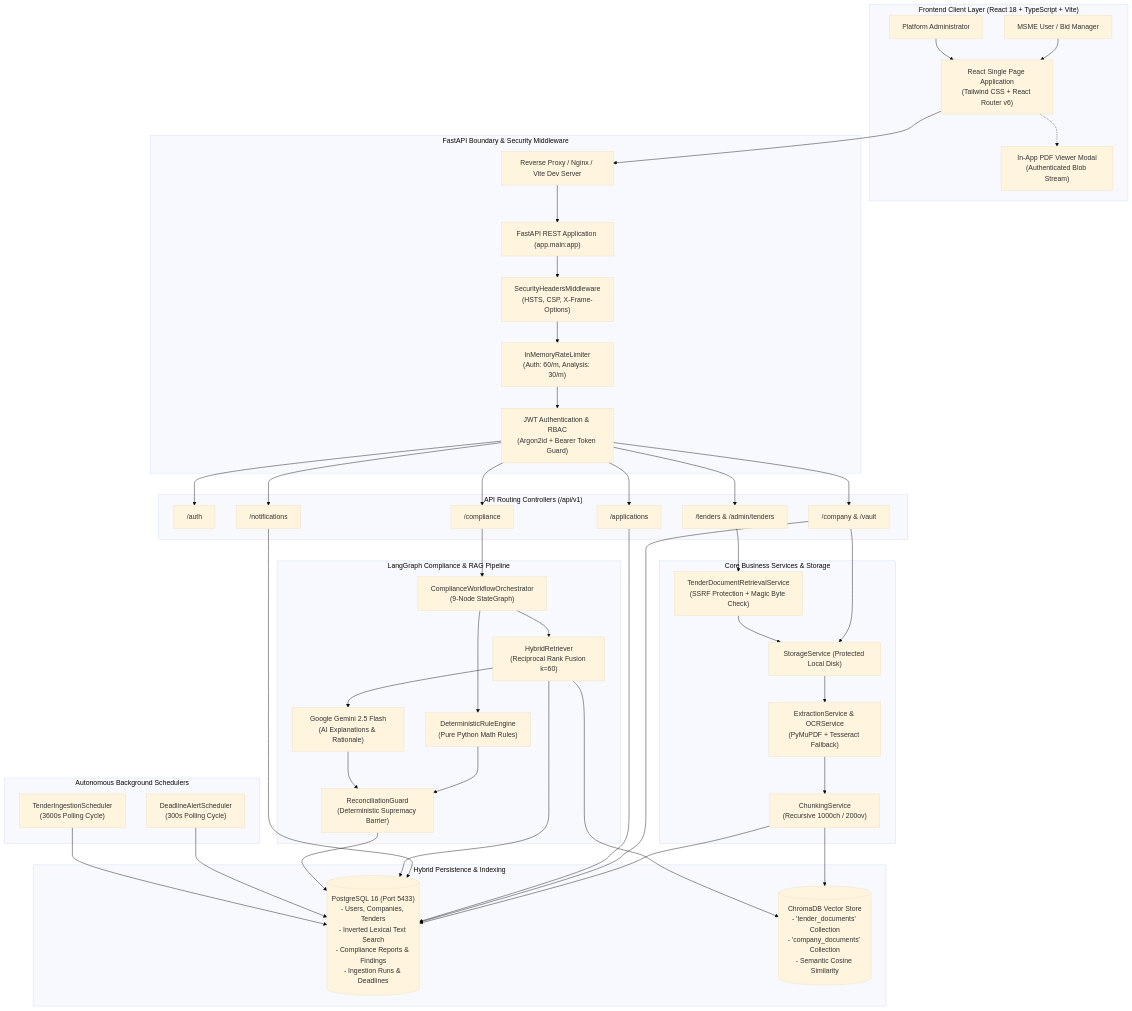
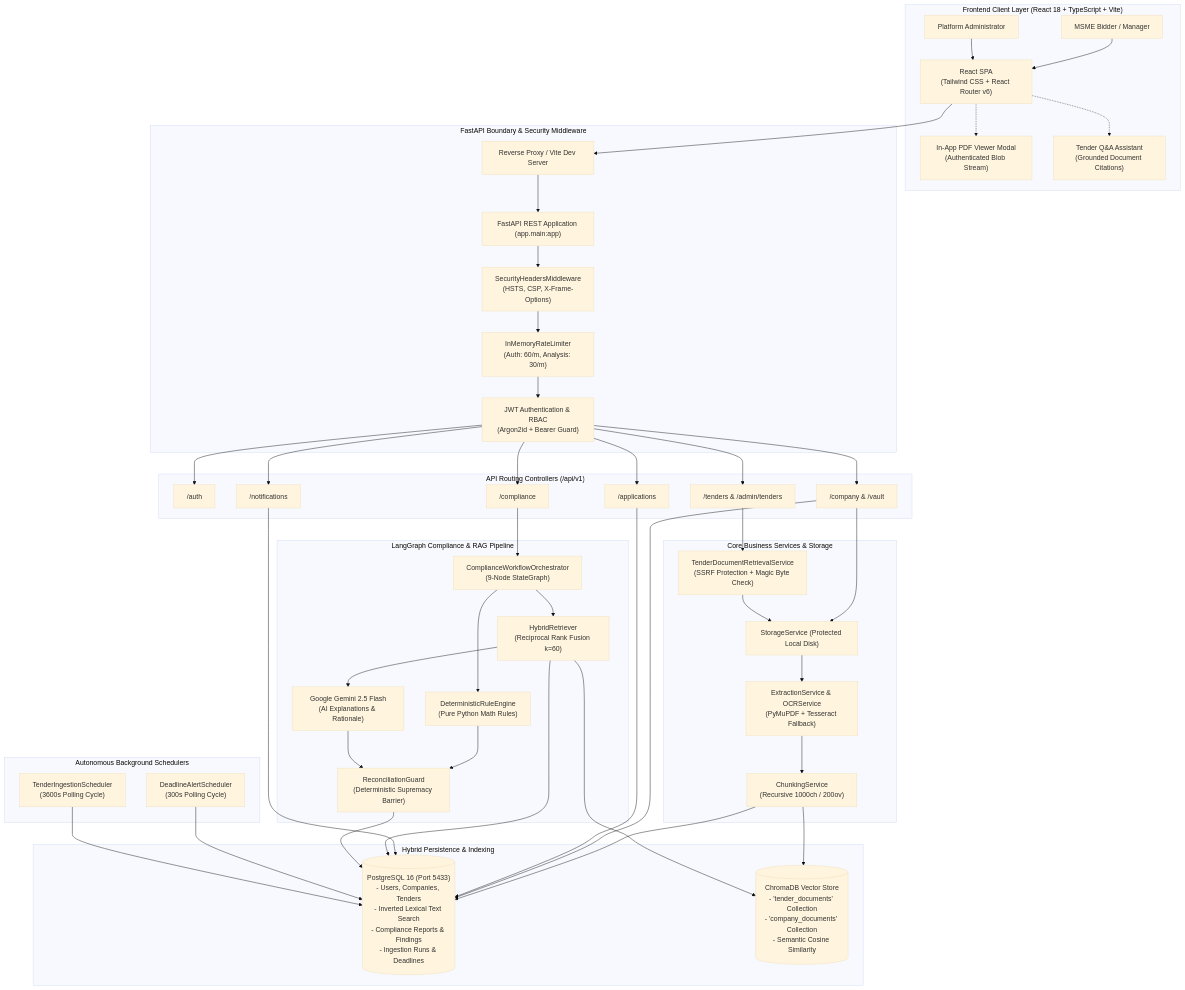
One commit to shivarajsg/TenderBid changed the second of 3 diagrams in README.md. Above: the diagram before and after it, drawn with Mermaid (base theme). The commit also changed other lines of this file, not shown here.

Commit message:
Update README with comprehensive project explanation, architecture, and guides

````diff
--- a/README.md
+++ b/README.md
@@ -257,21 +299,23 @@
 ```mermaid
 flowchart TD
     subgraph ClientLayer ["Frontend Client Layer (React 18 + TypeScript + Vite)"]
-        UI_User["MSME User / Bid Manager"]
+        UI_User["MSME Bidder / Manager"]
         UI_Admin["Platform Administrator"]
-        ReactApp["React Single Page Application<br/>(Tailwind CSS + React Router v6)"]
+        ReactApp["React SPA<br/>(Tailwind CSS + React Router v6)"]
         PDF_Viewer["In-App PDF Viewer Modal<br/>(Authenticated Blob Stream)"]
+        QA_Panel["Tender Q&A Assistant<br/>(Grounded Document Citations)"]
         UI_User --> ReactApp
         UI_Admin --> ReactApp
         ReactApp -.-> PDF_Viewer
+        ReactApp -.-> QA_Panel
     end
 
     subgraph SecurityLayer ["FastAPI Boundary & Security Middleware"]
-        ReverseProxy["Reverse Proxy / Nginx / Vite Dev Server"]
+        ReverseProxy["Reverse Proxy / Vite Dev Server"]
         FastAPI_App["FastAPI REST Application (app.main:app)"]
         SecHeaders["SecurityHeadersMiddleware<br/>(HSTS, CSP, X-Frame-Options)"]
         RateLimiter["InMemoryRateLimiter<br/>(Auth: 60/m, Analysis: 30/m)"]
-        JWT_Auth["JWT Authentication & RBAC<br/>(Argon2id + Bearer Token Guard)"]
+        JWT_Auth["JWT Authentication & RBAC<br/>(Argon2id + Bearer Guard)"]
         
         ReverseProxy --> FastAPI_App
         FastAPI_App --> SecHeaders
````
